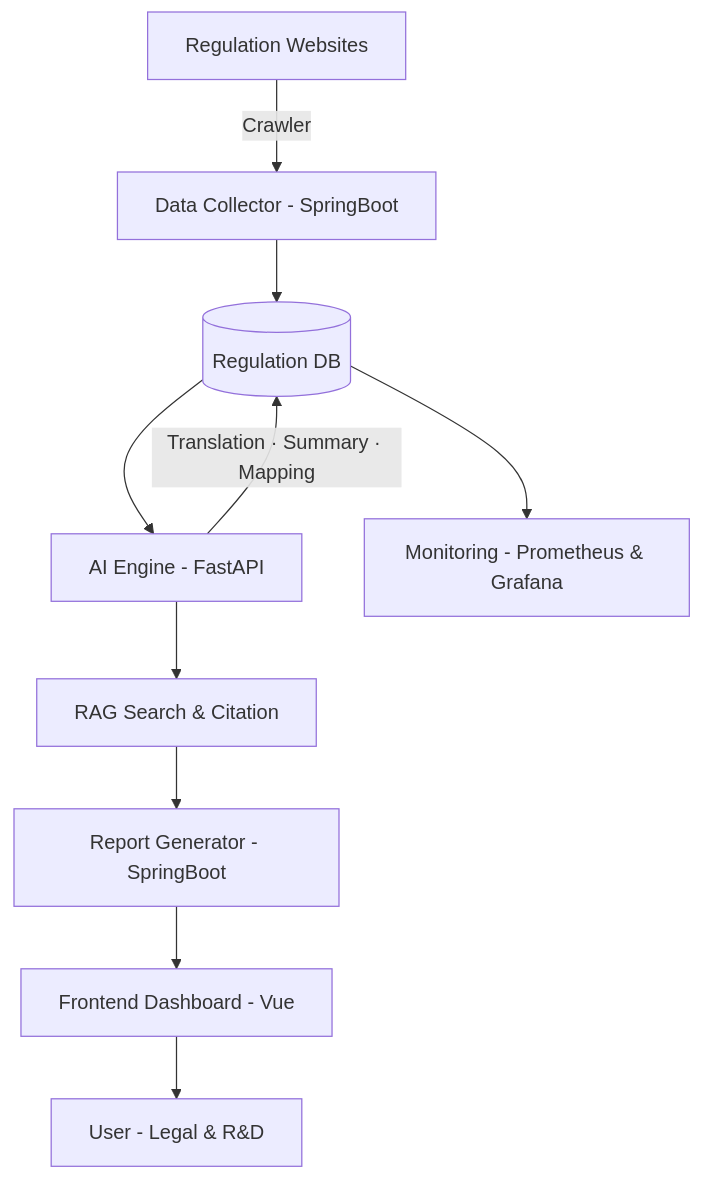
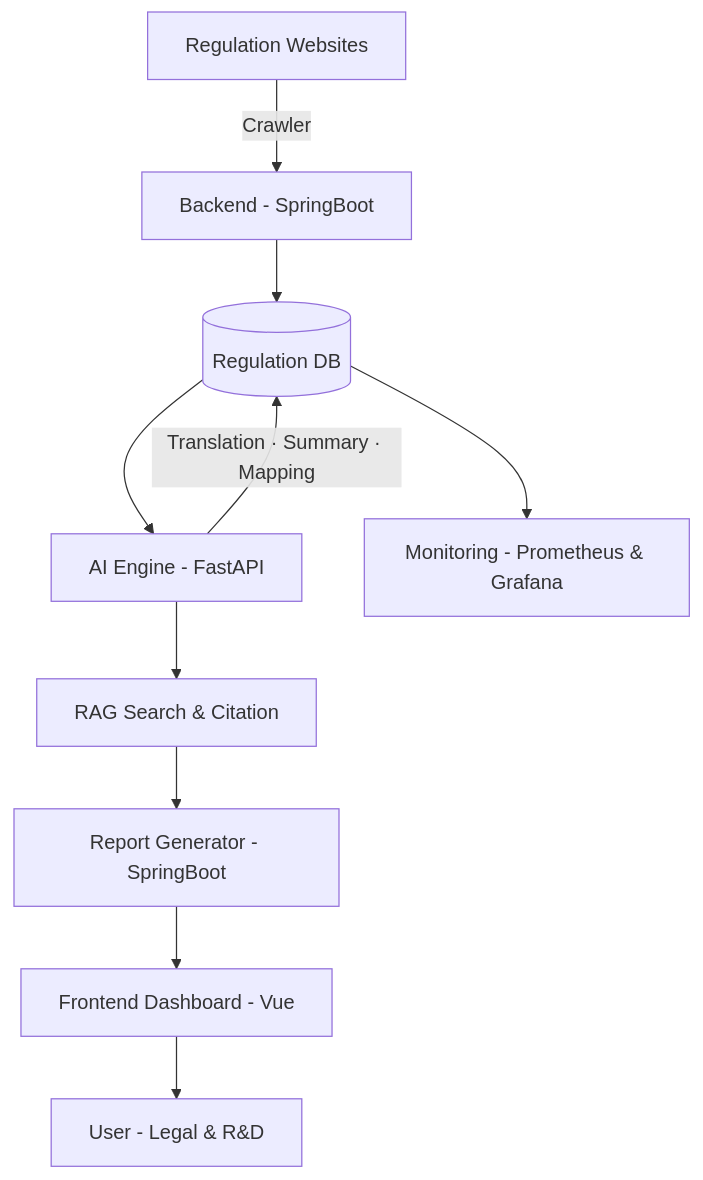
The diagram in README.md (gksl5355/remon), drawn with Mermaid before and after one commit. The commit also changed other lines of this file, not shown here.

````diff
--- a/README.md
+++ b/README.md
@@ -43,13 +44,12 @@
 ```mermaid
 graph TD
-    A[Regulation Websites] -->|Crawler| B[Data Collector - SpringBoot]
+    A[Regulation Websites] -->|Crawler| B[Backend - SpringBoot]
     B --> C[(Regulation DB)]
     C --> D[AI Engine - FastAPI]
     D -->|Translation · Summary · Mapping| C
     D --> E[RAG Search & Citation]
     E --> F[Report Generator - SpringBoot]
     F --> G[Frontend Dashboard - Vue]
     G --> H[User - Legal & R&D]
     C --> I[Monitoring - Prometheus & Grafana]
-
 ```
````
